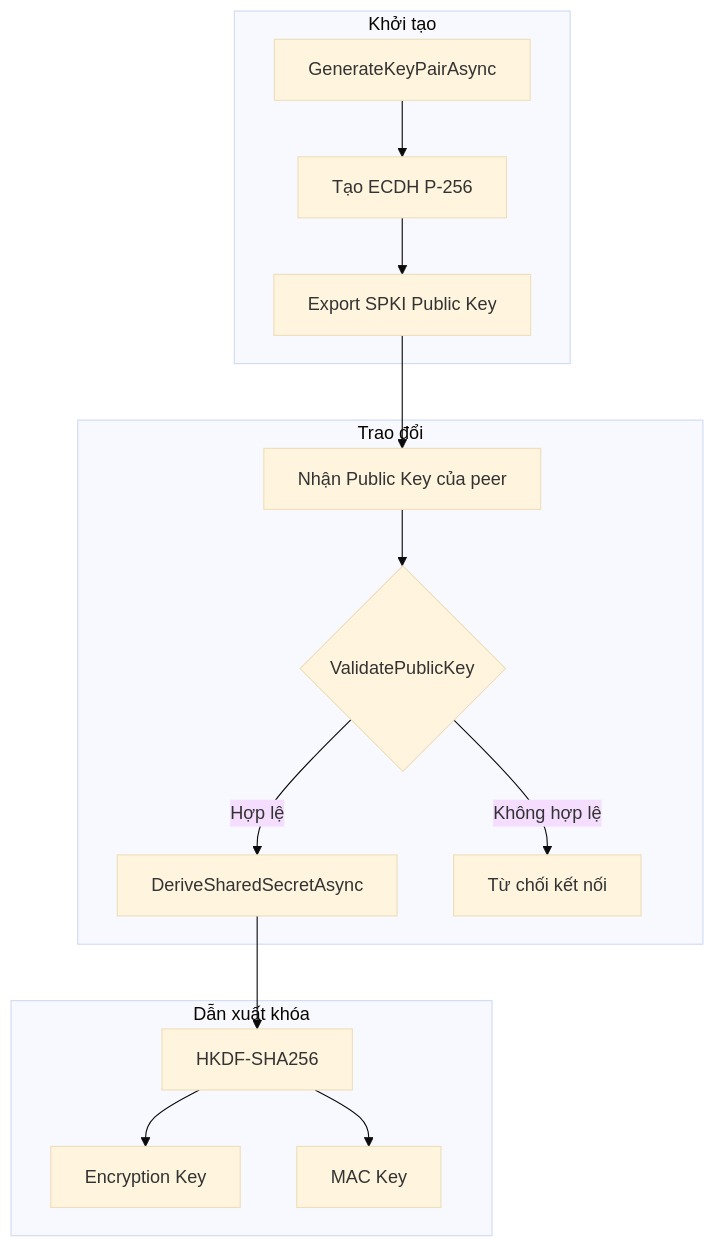
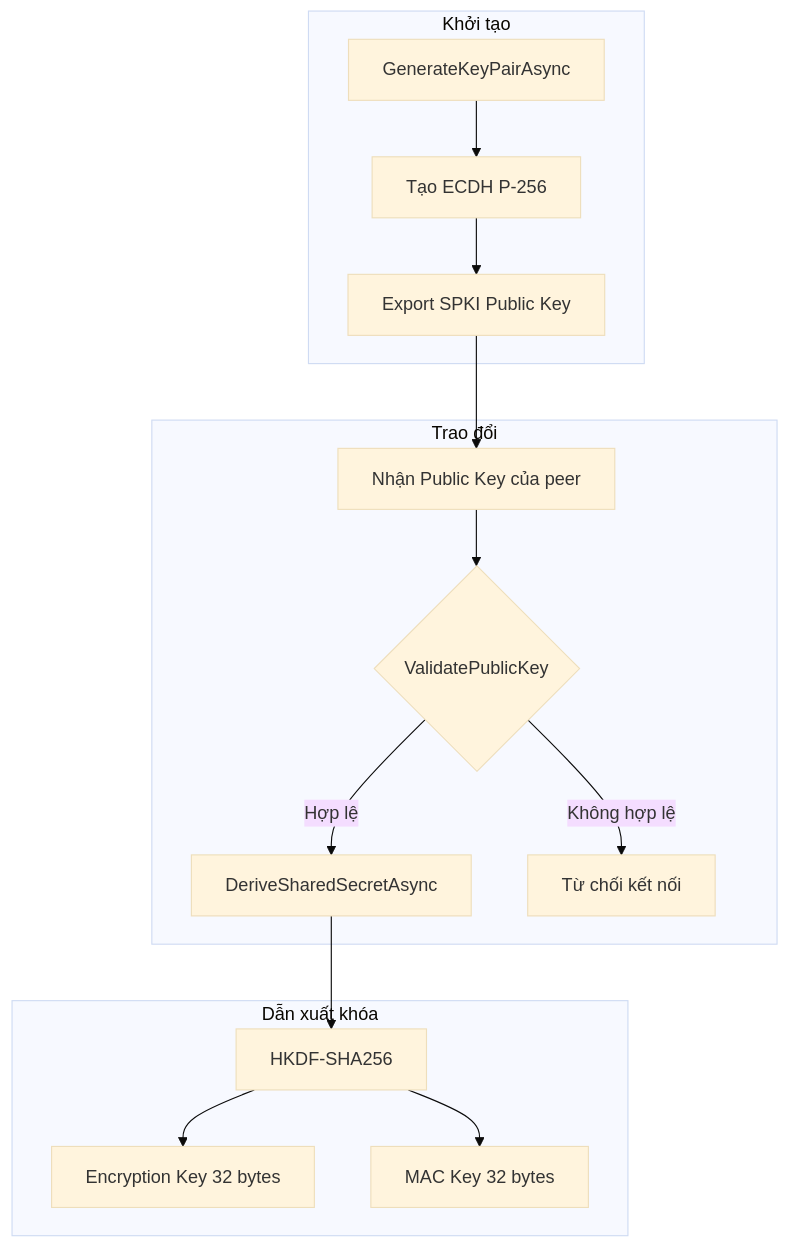
Before and after one commit to QuocVinhTrinhLam/SecureChat-System: the sixth of 9 diagrams in docs/SECURITY_FLOW.md, drawn with Mermaid (base theme). The commit also changed other lines of this file and 2 other files, not shown here.

````diff
--- a/docs/SECURITY_FLOW.md
+++ b/docs/SECURITY_FLOW.md
@@ -128,22 +282,22 @@
 ```mermaid
 flowchart TD
     subgraph Khởi tạo
         A[GenerateKeyPairAsync] --> B[Tạo ECDH P-256]
         B --> C[Export SPKI Public Key]
     end
     
     subgraph Trao đổi
         D[Nhận Public Key của peer]
         D --> E{ValidatePublicKey}
         E -->|Hợp lệ| F[DeriveSharedSecretAsync]
         E -->|Không hợp lệ| G[Từ chối kết nối]
     end
     
     subgraph Dẫn xuất khóa
         F --> H[HKDF-SHA256]
-        H --> I[Encryption Key]
-        H --> J[MAC Key]
+        H --> I[Encryption Key 32 bytes]
+        H --> J[MAC Key 32 bytes]
     end
     
     C --> D
 ```
````
